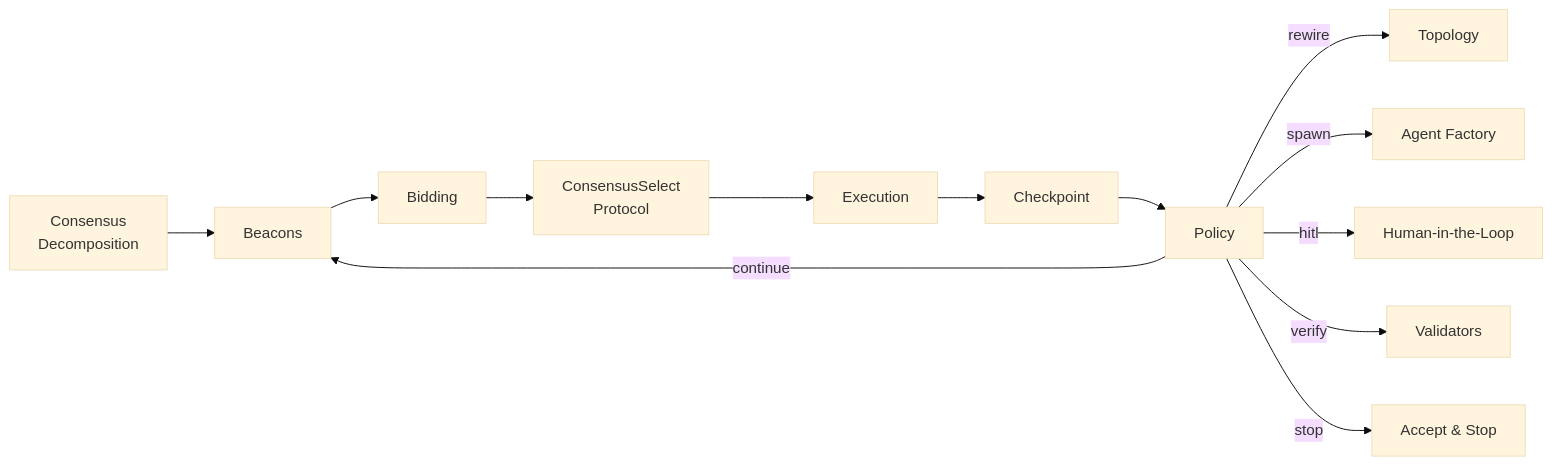
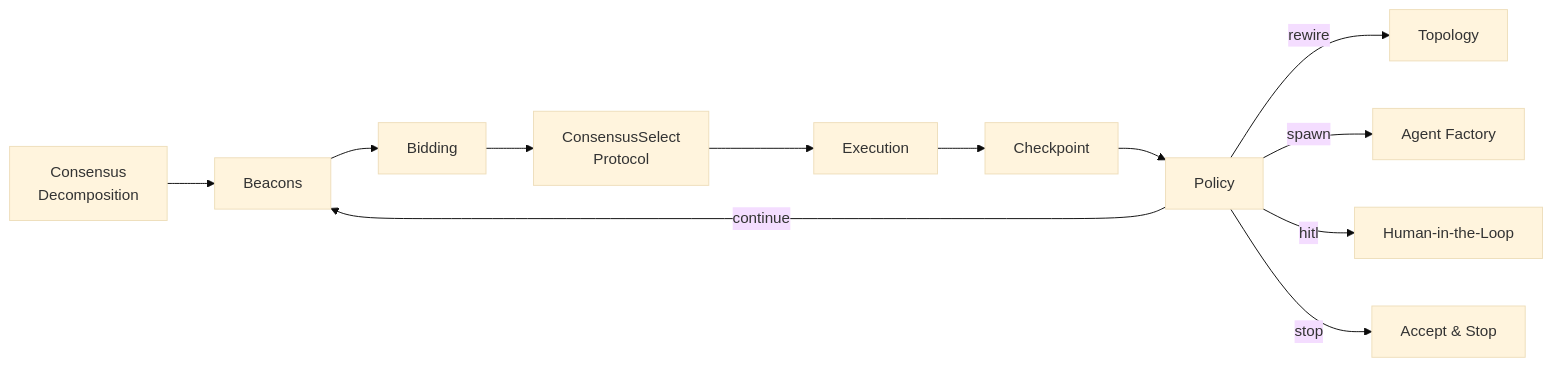
Before and after one commit to March-08/DiCWO: the diagram in docs/systems/dicwo.md, drawn with Mermaid (base theme). The commit also changed other lines of this file and 26 other files, not shown here.

````diff
--- a/docs/systems/dicwo.md
+++ b/docs/systems/dicwo.md
@@ -7,15 +7,14 @@
 ```mermaid
 graph LR
     D[Consensus<br/>Decomposition] --> B[Beacons]
     B --> Bi[Bidding]
     Bi --> CS[ConsensusSelect<br/>Protocol]
     CS --> E[Execution]
     E --> Ch[Checkpoint]
     Ch --> P[Policy]
     P -->|continue| B
     P -->|rewire| T[Topology]
     P -->|spawn| F[Agent Factory]
     P -->|hitl| H[Human-in-the-Loop]
-    P -->|verify| V[Validators]
     P -->|stop| S[Accept & Stop]
 ```
````
